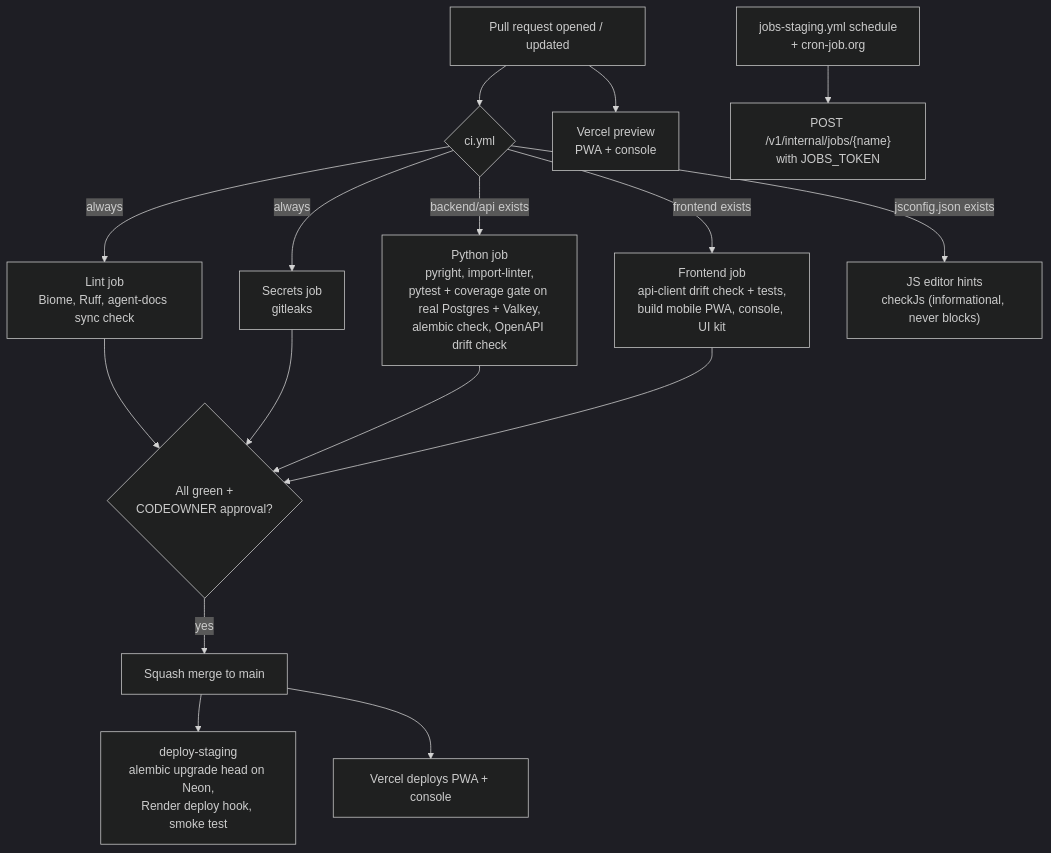
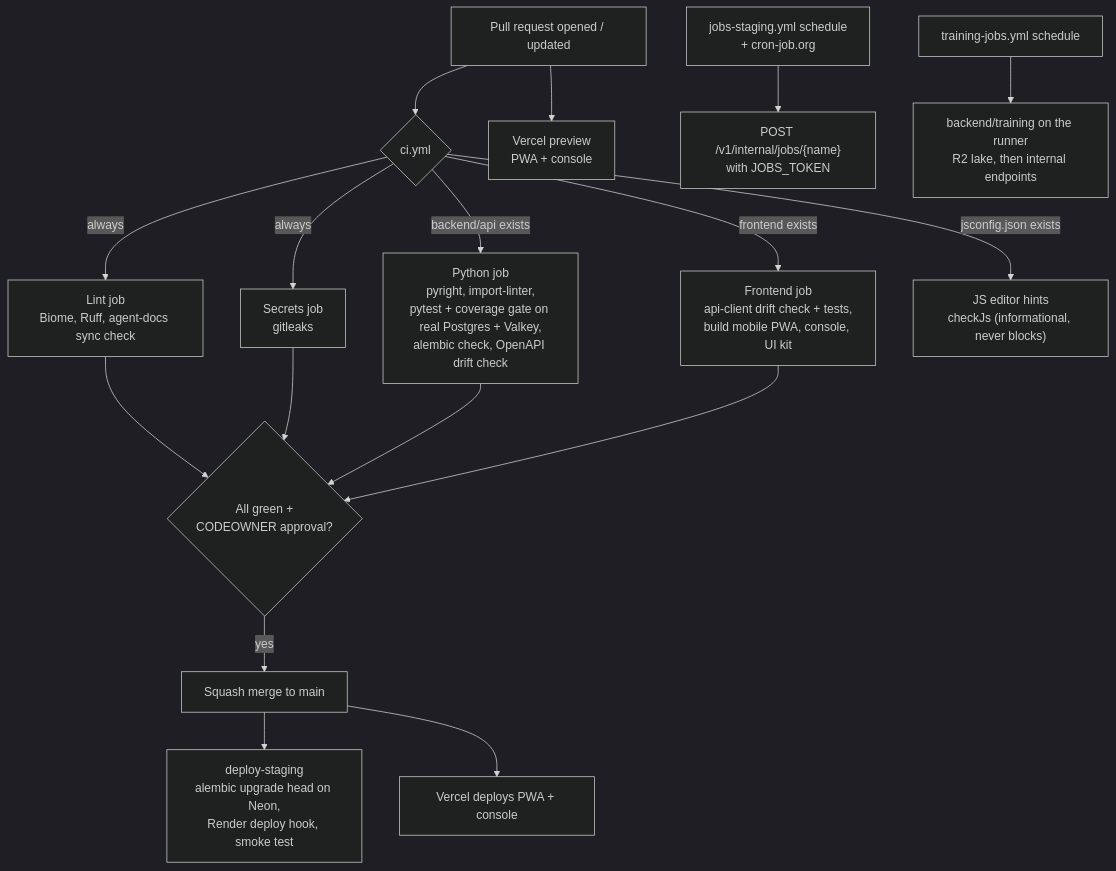
Before and after one commit to prelekar7/GharBasket: the second of 3 diagrams in docs/handbook/11-engineering-process.md, drawn with Mermaid (dark theme). The commit also changed other lines of this file and 16 other files, not shown here.

````diff
--- a/docs/handbook/11-engineering-process.md
+++ b/docs/handbook/11-engineering-process.md
@@ -112,18 +114,19 @@
 ```mermaid
 flowchart TD
     PR["Pull request opened / updated"] --> CI{"ci.yml"}
     CI -->|always| LINT["Lint job<br/>Biome, Ruff, agent-docs sync check"]
     CI -->|always| SEC["Secrets job<br/>gitleaks"]
     CI -->|"backend/api exists"| PY["Python job<br/>pyright, import-linter,<br/>pytest + coverage gate on real Postgres + Valkey,<br/>alembic check, OpenAPI drift check"]
     CI -->|"frontend exists"| FE["Frontend job<br/>api-client drift check + tests,<br/>build mobile PWA, console, UI kit"]
     CI -->|"jsconfig.json exists"| HINT["JS editor hints<br/>checkJs (informational, never blocks)"]
     PR --> VP["Vercel preview<br/>PWA + console"]
     LINT --> OK{"All green +<br/>CODEOWNER approval?"}
     SEC --> OK
     PY --> OK
     FE --> OK
     OK -->|yes| MG["Squash merge to main"]
     MG --> STG["deploy-staging<br/>alembic upgrade head on Neon,<br/>Render deploy hook, smoke test"]
     MG --> VD["Vercel deploys PWA + console"]
     SCH["jobs-staging.yml schedule<br/>+ cron-job.org"] --> JOB["POST /v1/internal/jobs/{name}<br/>with JOBS_TOKEN"]
+    TRN["training-jobs.yml schedule"] --> TRJ["backend/training on the runner<br/>R2 lake, then internal endpoints"]
 ```
````
